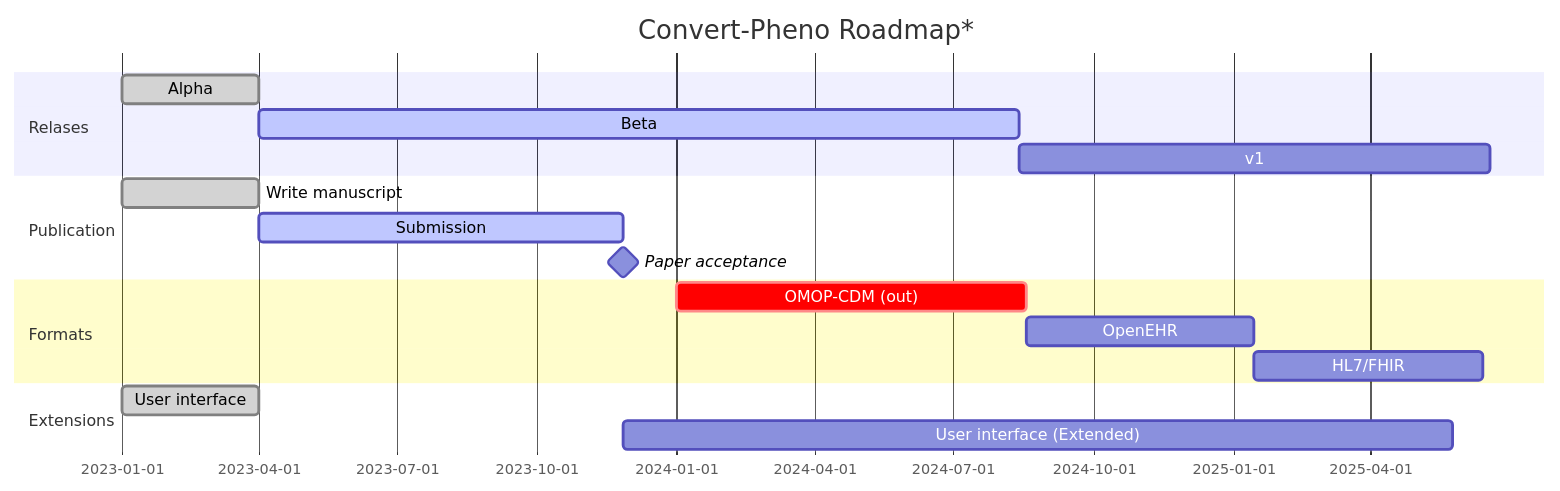
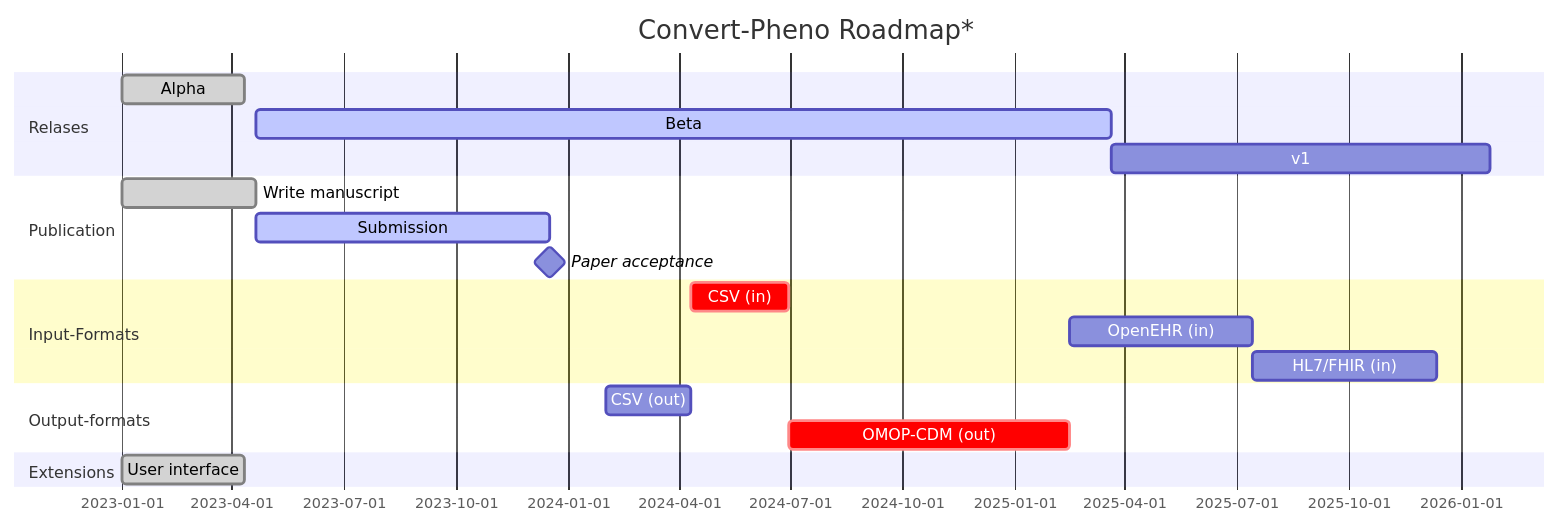
One commit to CNAG-Biomedical-Informatics/convert-pheno changed the diagram in docs/future-plans.md. Above: the diagram before and after it, drawn with Mermaid. The commit also changed other lines of this file and 17 other files, not shown here.

Commit message:
Update schema for ethnicity in REDCap and CSV

````diff
--- a/docs/future-plans.md
+++ b/docs/future-plans.md
@@ -1,24 +1,27 @@
 ```mermaid
   gantt
     title Convert-Pheno Roadmap*
     dateFormat  YYYY-MM-DD
 
     section Relases
-    Alpha                     :done,      r1, 2023-01-01, 90d
-    Beta                      :active,    r2, after m1, 500d
+    Alpha                     :done,      r1, 2023-01-01, 100d
+    Beta                      :active,    r2, after m1, 700d
     v1                        :           r3, after r2, 310d
 
     section Publication
-    Write manuscript          :done,      m1, 2023-01-01, 90d
+    Write manuscript          :done,      m1, 2023-01-01, 110d
     Submission                :active,    m2, after m1, 240d
     Paper acceptance          :milestone, after m2, 0d
 
-    section Formats
-    OMOP-CDM (out)  :crit, f1, 2024-01-01, 230d
-    OpenEHR         :      f2, after f1, 150d
-    HL7/FHIR        :      f3, after f2, 150d
+    section Input-Formats
+    CSV (in)        :crit, f1, after f0,   80d
+    OpenEHR (in)    :      f3, after f2,   150d
+    HL7/FHIR (in)   :      f4, after f3,   150d
+
+    section Output-formats
+    CSV (out)       :      f0, 2024-02-01, 70d
+    OMOP-CDM (out)  :crit, f2, after f1,   230d
 
     section Extensions
-    User interface            :done,   e1, 2023-01-01, 90d
-    User interface (Extended) :        after m2, 545d
+    User interface            :done,   e1, 2023-01-01, 100d
 ```
````
